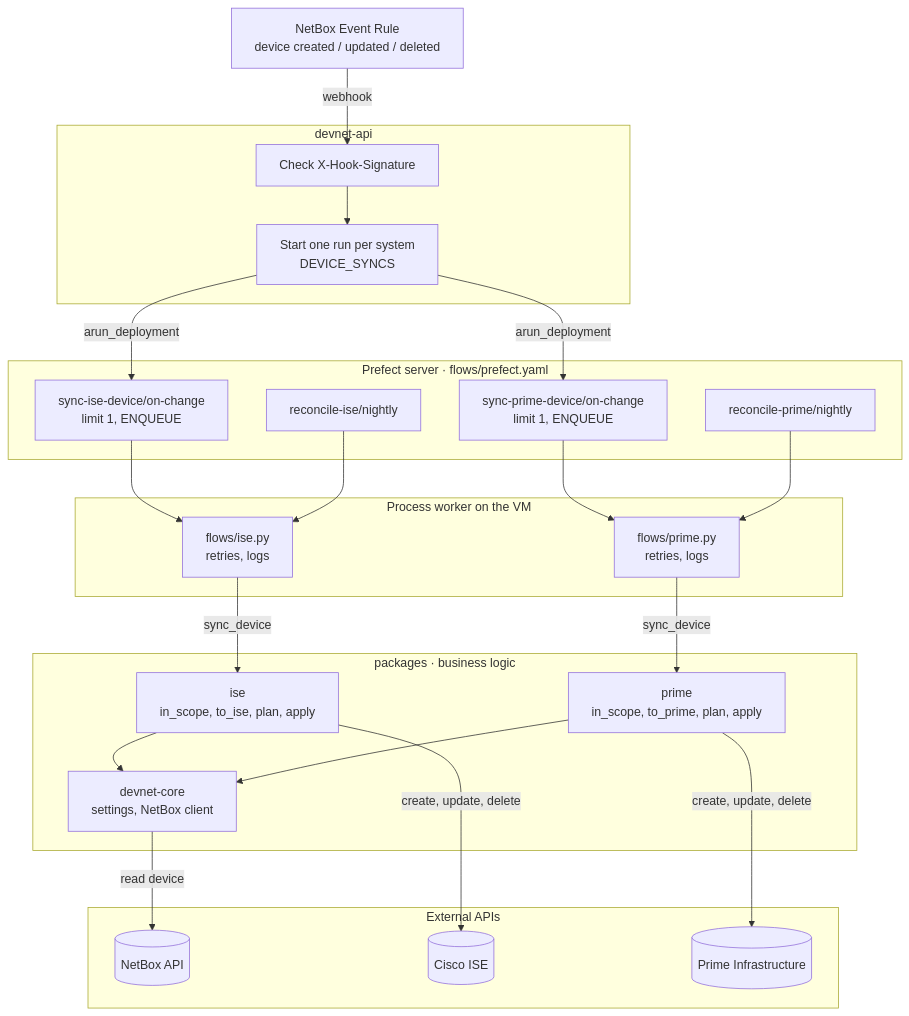
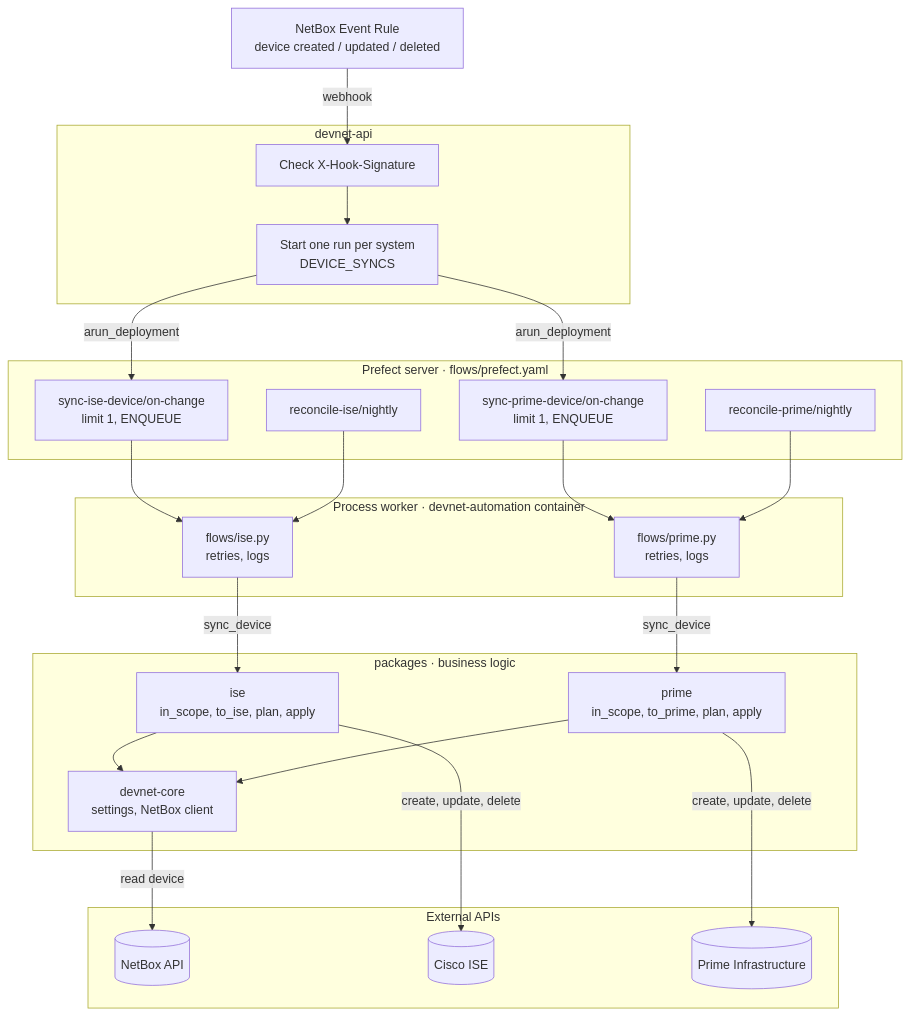
Before and after one commit to G0rsthir/devnet: the first of 3 diagrams in docs/ARCHITECTURE.md, drawn with Mermaid. The commit also changed 20 other files, not shown here.

````diff
--- a/docs/ARCHITECTURE.md
+++ b/docs/ARCHITECTURE.md
@@ -7,54 +7,54 @@
 ```mermaid
 ---
 config:
   flowchart:
     wrappingWidth: 320
 ---
 flowchart TB
     rule["NetBox Event Rule<br/>device created / updated / deleted"]
 
     subgraph api["devnet-api"]
         verify["Check X-Hook-Signature"]
         dispatch["Start one run per system<br/>DEVICE_SYNCS"]
     end
 
     subgraph prefect["Prefect server · flows/prefect.yaml"]
         ise_on_change["sync-ise-device/on-change<br/>limit 1, ENQUEUE"]
         ise_nightly["reconcile-ise/nightly"]
         prime_on_change["sync-prime-device/on-change<br/>limit 1, ENQUEUE"]
         prime_nightly["reconcile-prime/nightly"]
     end
 
-    subgraph vm["Process worker on the VM"]
+    subgraph worker["Process worker · devnet-automation container"]
         ise_flow["flows/ise.py<br/>retries, logs"]
         prime_flow["flows/prime.py<br/>retries, logs"]
     end
 
     subgraph packages["packages · business logic"]
         ise_pkg["ise<br/>in_scope, to_ise, plan, apply"]
         prime_pkg["prime<br/>in_scope, to_prime, plan, apply"]
         core["devnet-core<br/>settings, NetBox client"]
     end
 
     subgraph external["External APIs"]
         nb_api[("NetBox API")]
         ise_system[("Cisco ISE")]
         prime_system[("Prime Infrastructure")]
     end
 
     rule -->|webhook| verify
     verify --> dispatch
     dispatch -->|arun_deployment| ise_on_change
     dispatch -->|arun_deployment| prime_on_change
     ise_on_change --> ise_flow
     ise_nightly --> ise_flow
     prime_on_change --> prime_flow
     prime_nightly --> prime_flow
     ise_flow -->|sync_device| ise_pkg
     prime_flow -->|sync_device| prime_pkg
     ise_pkg --> core
     prime_pkg --> core
     core -->|read device| nb_api
     ise_pkg -->|create, update, delete| ise_system
     prime_pkg -->|create, update, delete| prime_system
 ```
````
